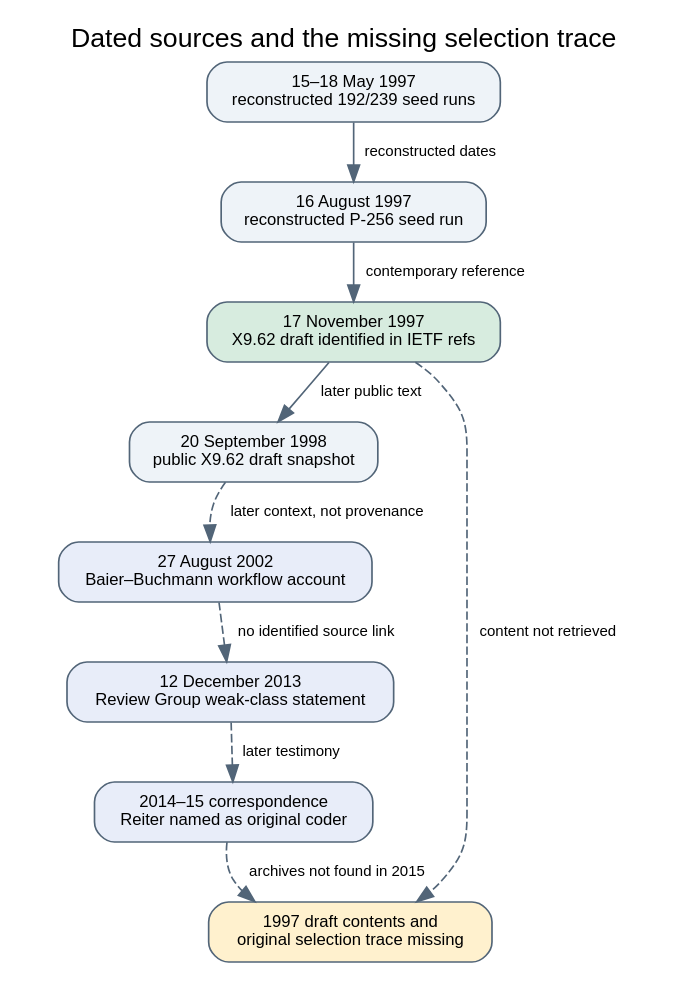
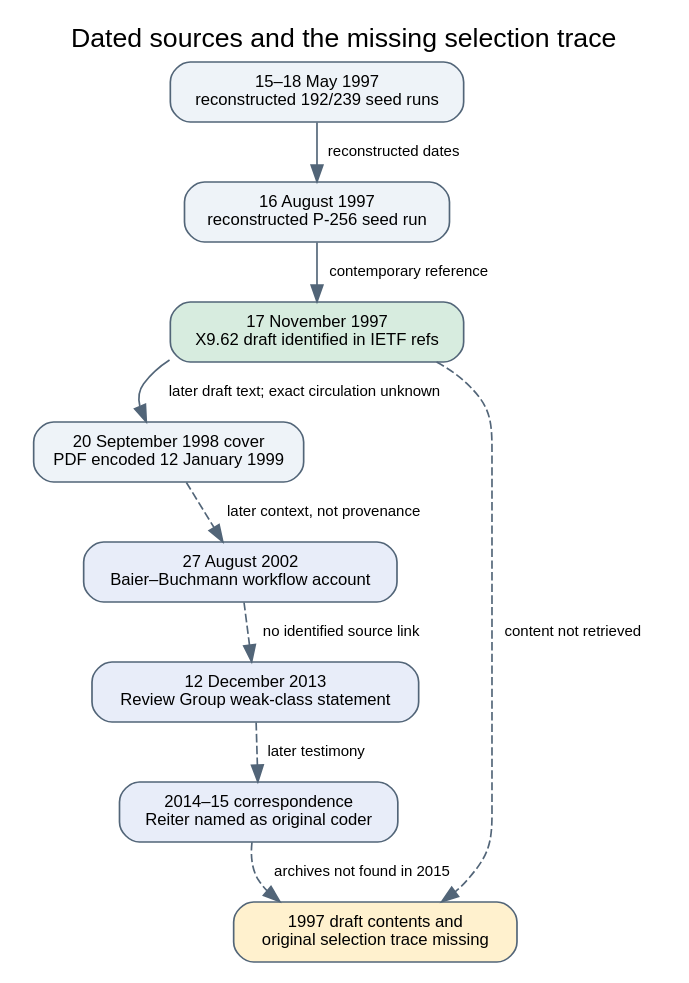
One commit to aburan28/crypto-autoresearcher changed the diagram in research/nist_seed_1997_draft_archive_20261023/timeline.dot. Above: the diagram before and after it, drawn with Graphviz. The commit also changed 5 other files, not shown here.

Commit message:
Qualify September 1998 draft PDF provenance

```diff
--- a/research/nist_seed_1997_draft_archive_20261023/timeline.dot
+++ b/research/nist_seed_1997_draft_archive_20261023/timeline.dot
@@ -1,21 +1,21 @@
 digraph G {
   graph [rankdir=TB, bgcolor="white", fontname="Helvetica", label="Dated sources and the missing selection trace", labelloc=t, fontsize=16, nodesep=0.28, ranksep=0.36];
   node [shape=box, style="rounded,filled", fillcolor="#eef3f8", color="#526578", fontname="Helvetica", fontsize=10];
   edge [fontname="Helvetica", fontsize=9, color="#526578"];
   may [label="15–18 May 1997\nreconstructed 192/239 seed runs"];
   aug [label="16 August 1997\nreconstructed P-256 seed run"];
   draft [label="17 November 1997\nX9.62 draft identified in IETF refs", fillcolor="#d7ecdf"];
-  final [label="20 September 1998\npublic X9.62 draft snapshot"];
+  final [label="20 September 1998 cover\nPDF encoded 12 January 1999"];
   context [label="27 August 2002\nBaier–Buchmann workflow account", fillcolor="#e8edf9"];
   review [label="12 December 2013\nReview Group weak-class statement", fillcolor="#e8edf9"];
   letters [label="2014–15 correspondence\nReiter named as original coder", fillcolor="#e8edf9"];
   missing [label="1997 draft contents and\noriginal selection trace missing", fillcolor="#fff1ce"];
   may -> aug [label="reconstructed dates"];
   aug -> draft [label="contemporary reference"];
-  draft -> final [label="later public text"];
+  draft -> final [label="later draft text; exact circulation unknown"];
   final -> context [style=dashed, label="later context, not provenance"];
   context -> review [style=dashed, label="no identified source link"];
   review -> letters [style=dashed, label="later testimony"];
   letters -> missing [style=dashed, label="archives not found in 2015"];
   draft -> missing [style=dashed, label="content not retrieved"];
 }
```
